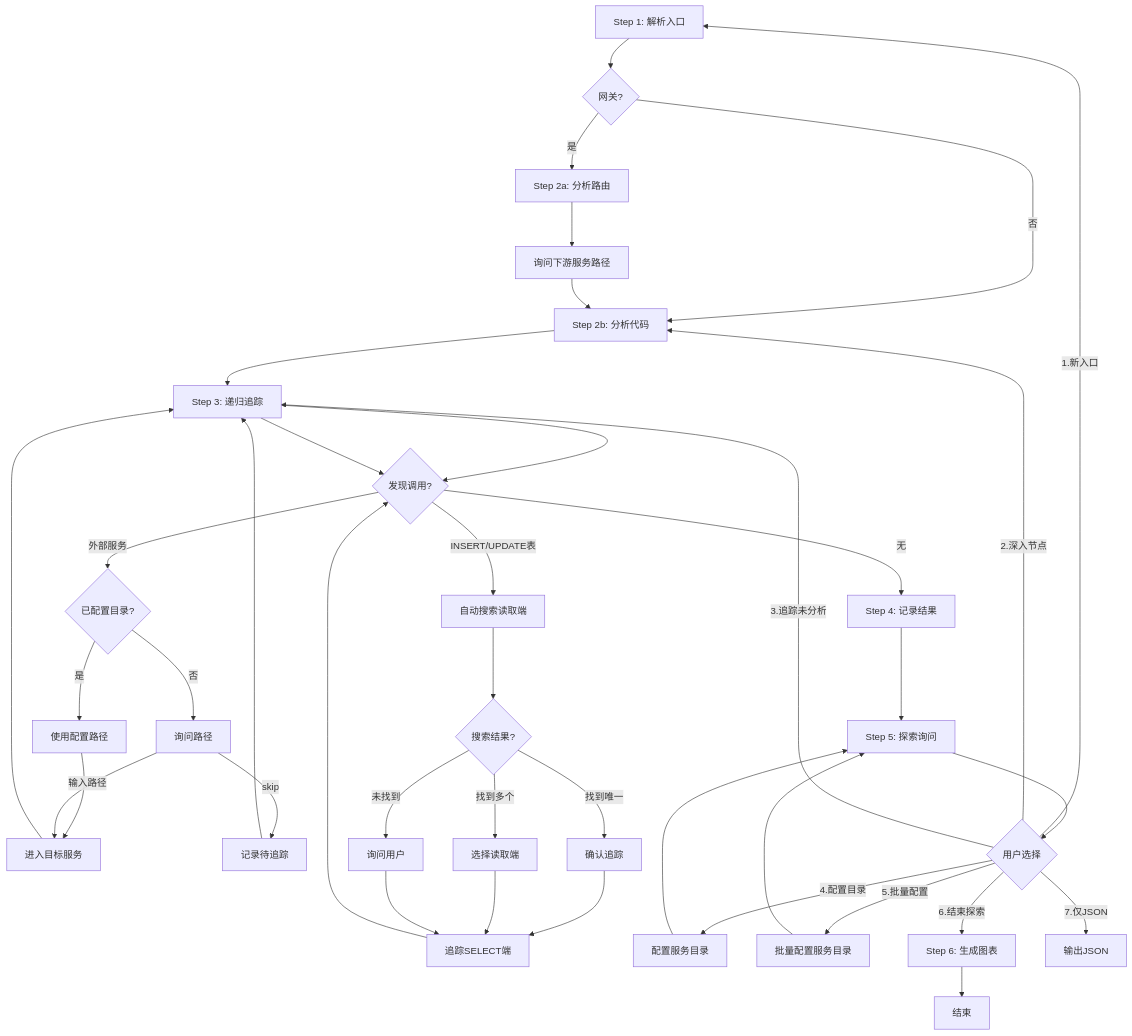
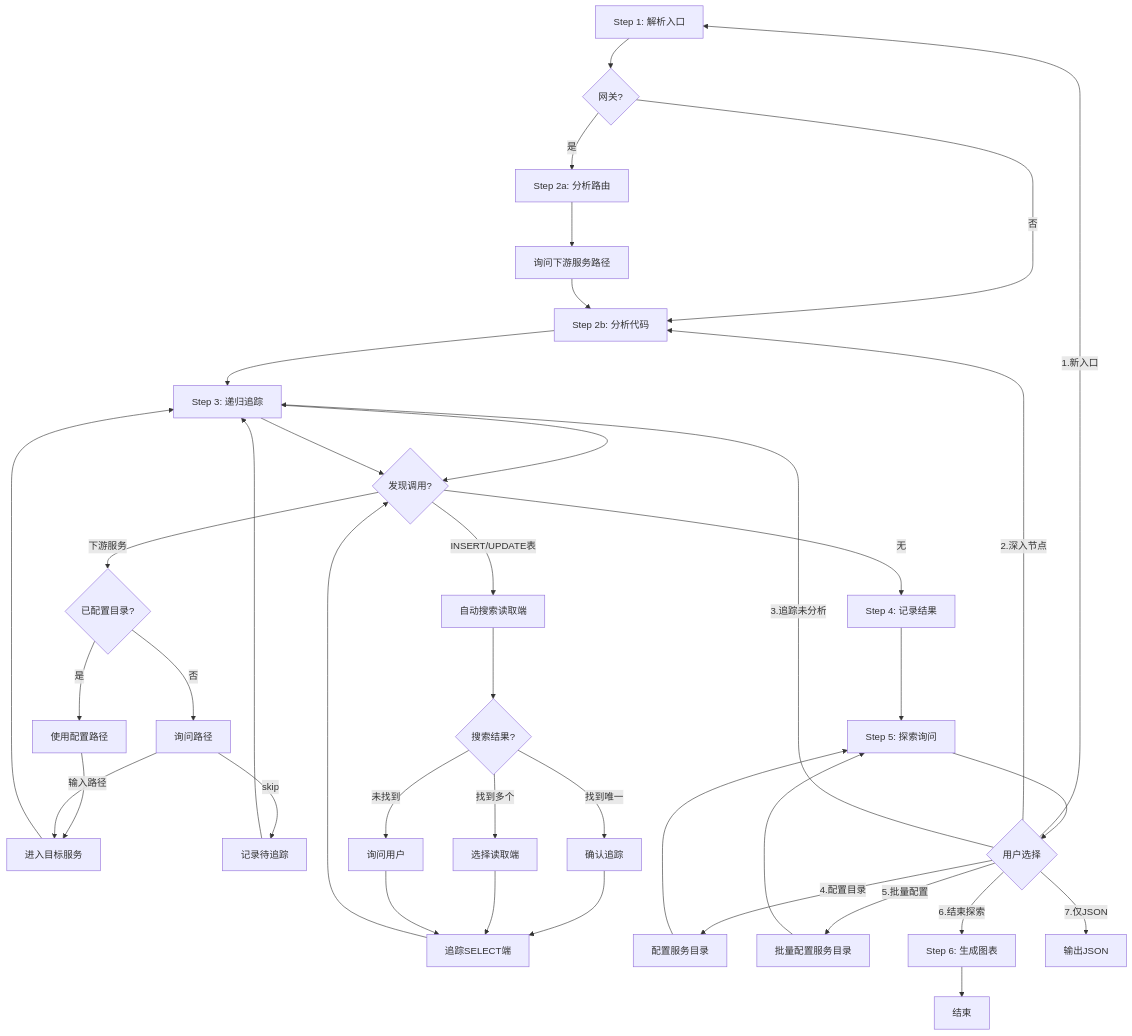
One commit to yves960/flow-trace changed the first of 3 diagrams in SKILL.md. Above: the diagram before and after it, drawn with Mermaid. The commit also changed other lines of this file, not shown here.

````diff
--- a/SKILL.md
+++ b/SKILL.md
@@ -120,48 +120,48 @@
 ```mermaid
 flowchart TB
     Step1[Step 1: 解析入口] --> Step2{网关?}
     Step2 -->|是| GW[Step 2a: 分析路由]
     Step2 -->|否| Service[Step 2b: 分析代码]
     GW --> Ask[询问下游服务路径]
     Ask --> Service
     
     Service --> Step3[Step 3: 递归追踪]
     Step3 --> FoundCall{发现调用?}
     
-    FoundCall -->|外部服务| CheckConfig{已配置目录?}
+    FoundCall -->|下游服务| CheckConfig{已配置目录?}
     CheckConfig -->|是| UseConfig[使用配置路径]
     CheckConfig -->|否| AskPath[询问路径]
     UseConfig --> Step3b[进入目标服务]
     AskPath -->|输入路径| Step3b
     AskPath -->|skip| Record[记录待追踪]
     
     FoundCall -->|INSERT/UPDATE表| AutoSearch[自动搜索读取端]
     AutoSearch --> SearchResult{搜索结果?}
     SearchResult -->|找到唯一| Confirm[确认追踪]
     SearchResult -->|找到多个| SelectOne[选择读取端]
     SearchResult -->|未找到| AskReader[询问用户]
     Confirm --> Step3c[追踪SELECT端]
     SelectOne --> Step3c
     AskReader --> Step3c
     Step3c --> FoundCall
     
     FoundCall -->|无| Step4[Step 4: 记录结果]
     Step3b --> Step3
     Record --> Step3
     Step3 --> FoundCall
     
     Step4 --> Step5[Step 5: 探索询问]
     
     Step5 --> Choice{用户选择}
     Choice -->|1.新入口| Step1
     Choice -->|2.深入节点| Service
     Choice -->|3.追踪未分析| Step3
     Choice -->|4.配置目录| Config[配置服务目录]
     Config --> Step5
     Choice -->|5.批量配置| BatchConfig[批量配置服务目录]
     BatchConfig --> Step5
     Choice -->|6.结束探索| Step6[Step 6: 生成图表]
     Choice -->|7.仅JSON| JSONOnly[输出JSON]
     
     Step6 --> End[结束]
 ```
````
